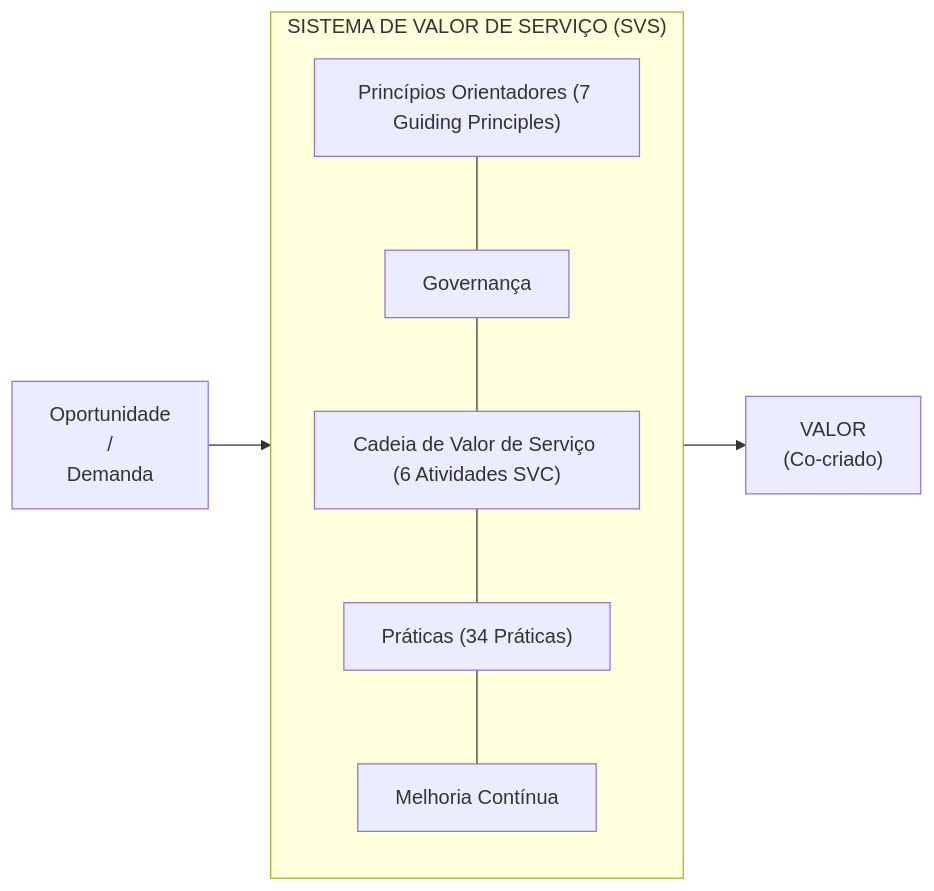
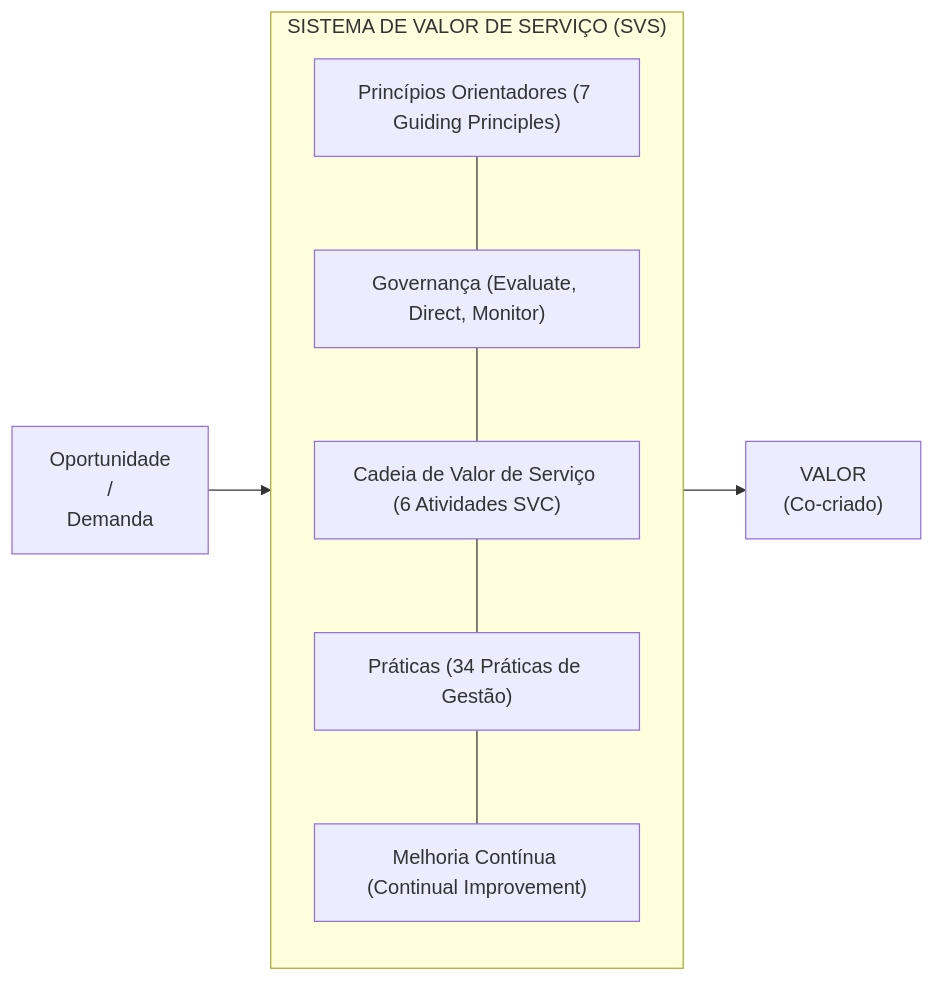
The third of 6 diagrams in fontes_de_estudo/conhecimentos_especificos_b02_ti/12_governanca_de_ti/02_gestao_de_servicos_de_ti_itil_v4.md (thiagosantos346/TCE-GO-2027), drawn with Mermaid before and after one commit. The commit also changed other lines of this file and 119 other files, not shown here.

````diff
--- a/fontes_de_estudo/conhecimentos_especificos_b02_ti/12_governanca_de_ti/02_gestao_de_servicos_de_ti_itil_v4.md
+++ b/fontes_de_estudo/conhecimentos_especificos_b02_ti/12_governanca_de_ti/02_gestao_de_servicos_de_ti_itil_v4.md
@@ -133,20 +110,20 @@
 ```mermaid
 flowchart LR
     OD["Oportunidade<br/>/<br/>Demanda"] --> SVS
     
     subgraph SVS["SISTEMA DE VALOR DE SERVIÇO (SVS)"]
         direction TB
         GP["Princípios Orientadores (7 Guiding Principles)"]
-        GOV["Governança"]
+        GOV["Governança (Evaluate, Direct, Monitor)"]
         SVC["Cadeia de Valor de Serviço (6 Atividades SVC)"]
-        PRAC["Práticas (34 Práticas)"]
-        CSI["Melhoria Contínua"]
+        PRAC["Práticas (34 Práticas de Gestão)"]
+        CSI["Melhoria Contínua (Continual Improvement)"]
         
         GP --- GOV
         GOV --- SVC
         SVC --- PRAC
         PRAC --- CSI
     end
     
     SVS --> VAL["VALOR<br/>(Co-criado)"]
 ```
````
